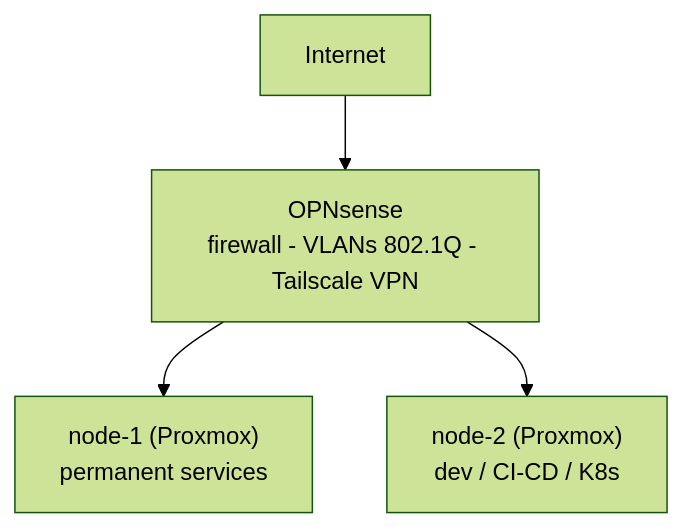
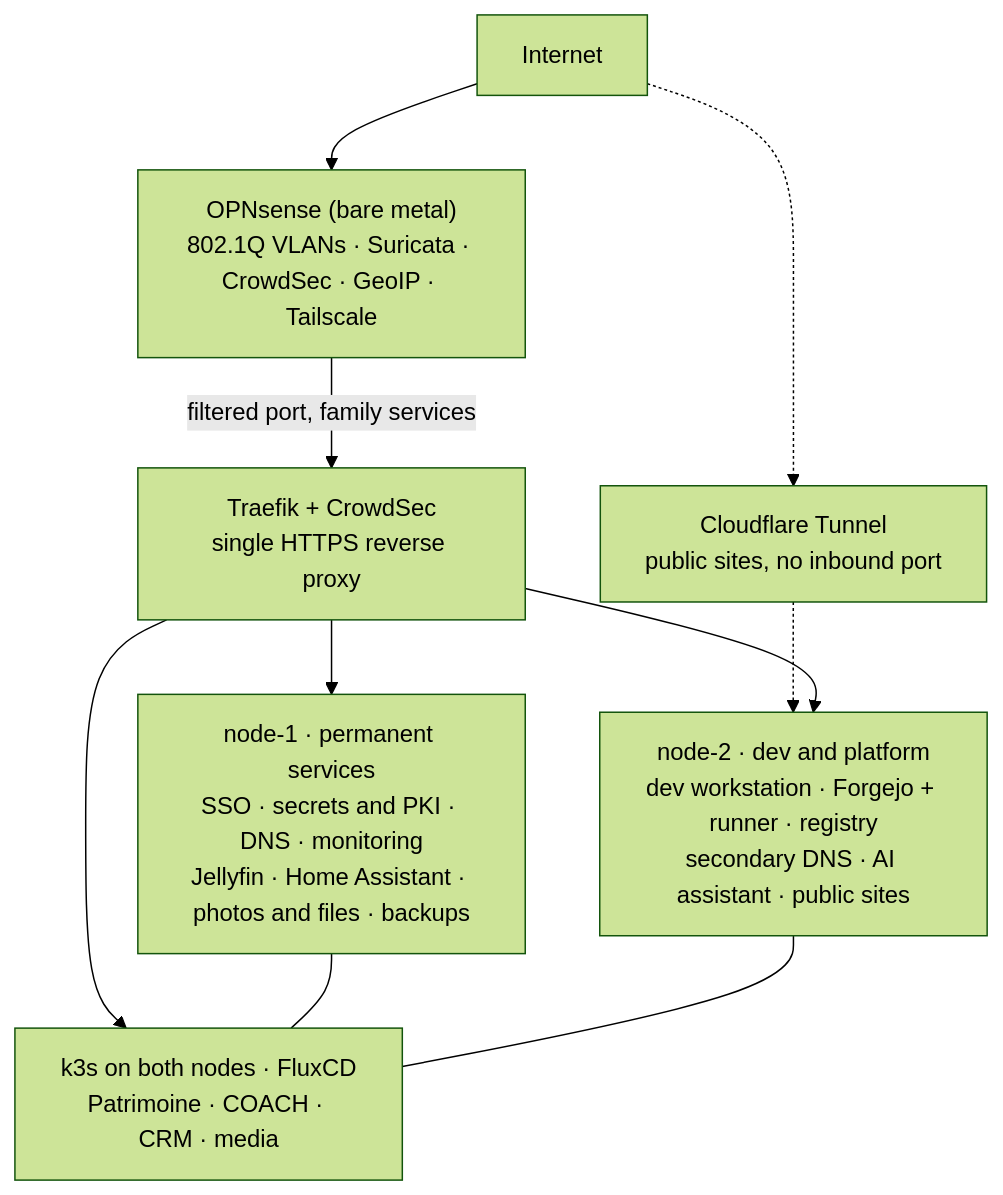
The diagram in src/content/projects-en/homelab.md (ECG-Rudy-Glt/portfolio), drawn with Mermaid (forest theme) before and after one commit. The commit also changed other lines of this file and 19 other files, not shown here.

```diff
--- a/src/content/projects-en/homelab.md
+++ b/src/content/projects-en/homelab.md
@@ -47,11 +59,20 @@
 <pre class="mermaid">
 flowchart TB
     INTERNET["Internet"]
-    OPN["OPNsense<br/>firewall - VLANs 802.1Q - Tailscale VPN"]
-    N1["node-1 (Proxmox)<br/>permanent services"]
-    N2["node-2 (Proxmox)<br/>dev / CI-CD / K8s"]
+    CF["Cloudflare Tunnel<br/>public sites, no inbound port"]
+    OPN["OPNsense (bare metal)<br/>802.1Q VLANs · Suricata · CrowdSec · GeoIP · Tailscale"]
+    TRAEFIK["Traefik + CrowdSec<br/>single HTTPS reverse proxy"]
+    N1["node-1 · permanent services<br/>SSO · secrets and PKI · DNS · monitoring<br/>Jellyfin · Home Assistant · photos and files · backups"]
+    N2["node-2 · dev and platform<br/>dev workstation · Forgejo + runner · registry<br/>secondary DNS · AI assistant · public sites"]
+    K3S["k3s on both nodes · FluxCD<br/>Patrimoine · COACH · CRM · media"]
 
     INTERNET --> OPN
-    OPN --> N1
-    OPN --> N2
+    INTERNET -.-> CF
+    CF -.-> N2
+    OPN -->|"filtered port, family services"| TRAEFIK
+    TRAEFIK --> N1
+    TRAEFIK --> N2
+    TRAEFIK --> K3S
+    N1 --- K3S
+    N2 --- K3S
 </pre>
```
